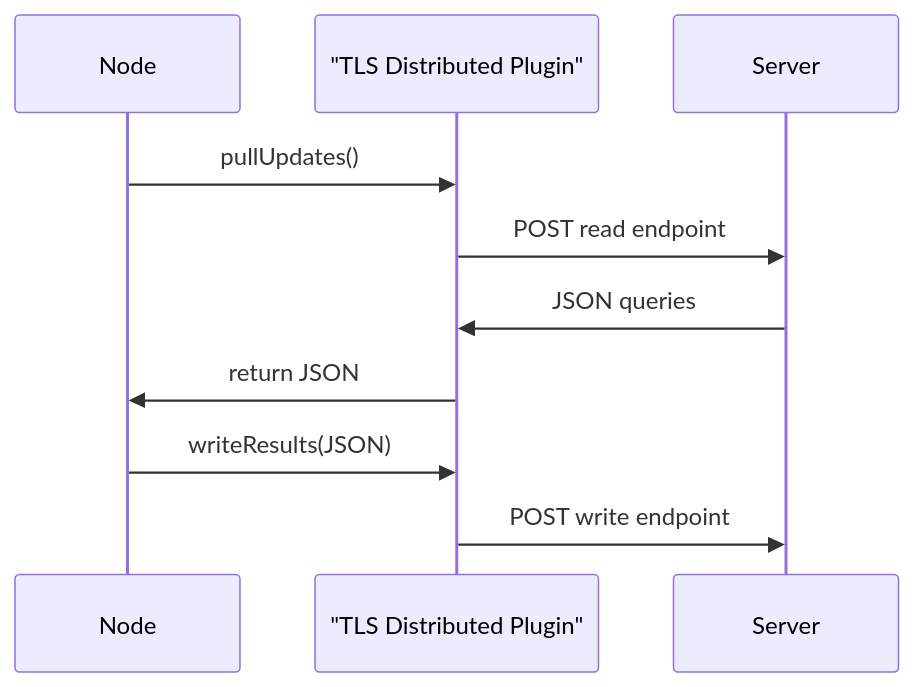
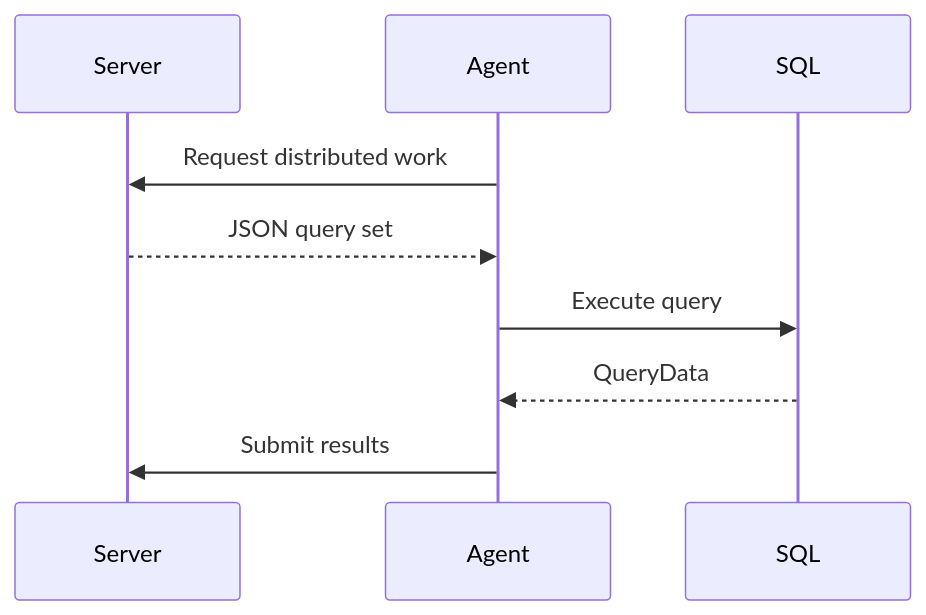
One commit to flamingo-stack/osquery changed the ninth of 9 diagrams in docs/reference/architecture/distributed-querying/distributed-querying.md. Above: the diagram before and after it, drawn with Mermaid. The commit also changed other lines of this file and 388 other files, not shown here.

````diff
--- a/docs/reference/architecture/distributed-querying/distributed-querying.md
+++ b/docs/reference/architecture/distributed-querying/distributed-querying.md
@@ -309,13 +375,12 @@
 ```mermaid
 sequenceDiagram
-    participant Node
-    participant TLS as "TLS Distributed Plugin"
     participant Server
+    participant Agent
+    participant SQL
 
-    Node->>TLS: pullUpdates()
-    TLS->>Server: POST read endpoint
-    Server->>TLS: JSON queries
-    TLS->>Node: return JSON
-    Node->>TLS: writeResults(JSON)
-    TLS->>Server: POST write endpoint
+    Agent->>Server: Request distributed work
+    Server-->>Agent: JSON query set
+    Agent->>SQL: Execute query
+    SQL-->>Agent: QueryData
+    Agent->>Server: Submit results
 ```
````
